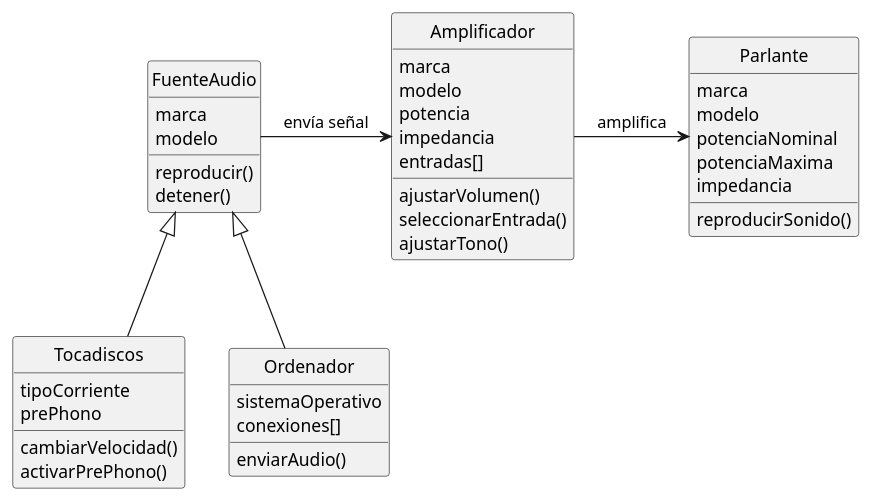
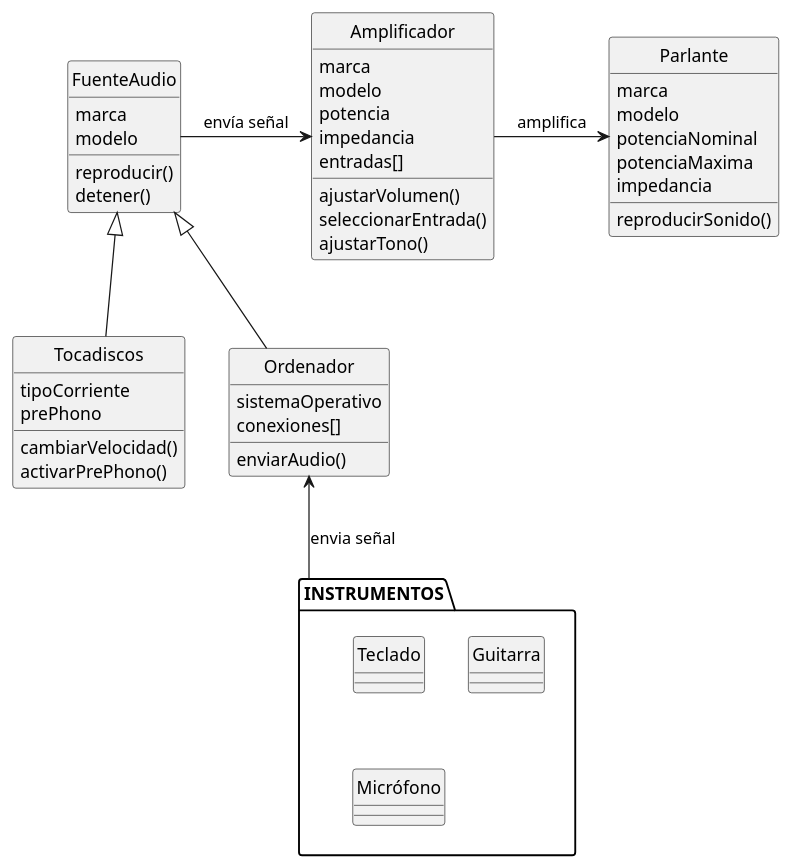
Before and after one commit to mmasias/mmasias: the diagram in UNEATLANTICO/idsw1/atHome/DdC.puml, drawn with PlantUML. The commit also changed 15 other files, not shown here.

Commit message:
Add documentation for database types and vademecum questions; include SVG diagram for coffee types

```diff
--- a/UNEATLANTICO/idsw1/atHome/DdC.puml
+++ b/UNEATLANTICO/idsw1/atHome/DdC.puml
@@ -1,45 +1,56 @@
 hide circle
     class FuenteAudio {
         marca
         modelo
         reproducir()
         detener()
     }
     
     class Amplificador {
         marca
         modelo
         potencia
         impedancia
         entradas[]
         ajustarVolumen()
         seleccionarEntrada()
         ajustarTono()
     }
     
     class Parlante {
         marca
         modelo
         potenciaNominal
         potenciaMaxima
         impedancia
         reproducirSonido()
     }
     
     class Tocadiscos {
         tipoCorriente
         prePhono
         cambiarVelocidad()
         activarPrePhono()
     }
     
     class Ordenador {
         sistemaOperativo
         conexiones[] 
         enviarAudio()
     }
     
+
+    package INSTRUMENTOS {
+
+    class Teclado
+    class Guitarra
+    class Micrófono
+        
+    }
+
+        Ordenador <-d- INSTRUMENTOS : envia señal
+
     FuenteAudio <|-- Tocadiscos
     FuenteAudio <|-- Ordenador
     FuenteAudio -r--> Amplificador : envía señal
     Amplificador -r--> Parlante : amplifica
```
